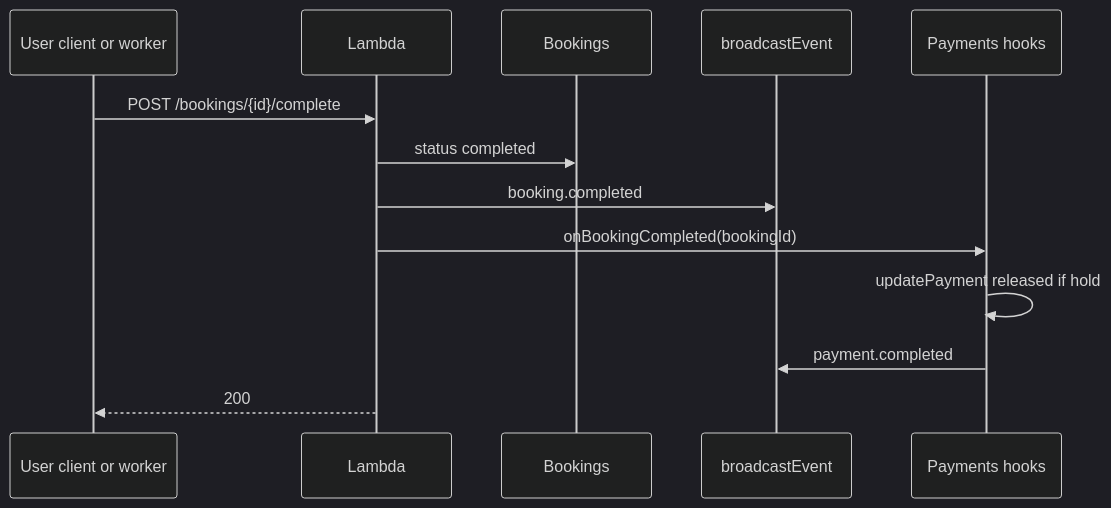
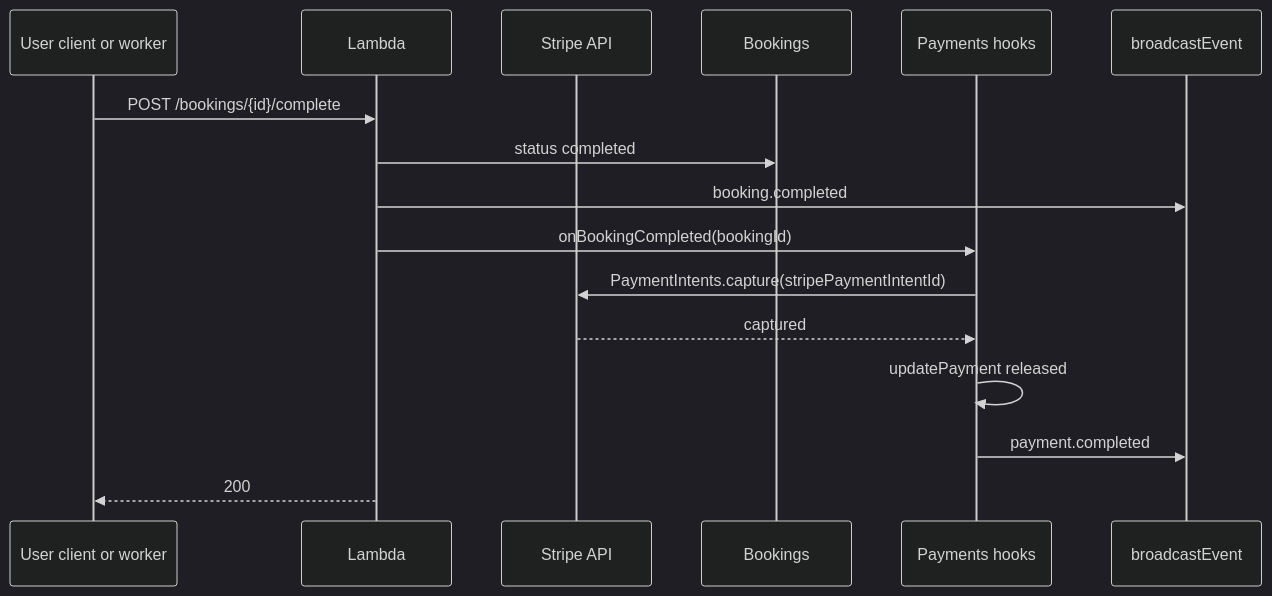
One commit to oukhali99/gig-demo changed the second of 3 diagrams in docs/sequence-booking-payment.md. Above: the diagram before and after it, drawn with Mermaid (dark theme). The commit also changed other lines of this file and 35 other files, not shown here.

Commit message:
Added stripe payment system

````diff
--- a/docs/sequence-booking-payment.md
+++ b/docs/sequence-booking-payment.md
@@ -37,16 +49,19 @@
 ```mermaid
 sequenceDiagram
   participant U as User client or worker
   participant L as Lambda
+  participant ST as Stripe API
   participant B as Bookings
+  participant P as Payments hooks
   participant E as broadcastEvent
-  participant P as Payments hooks
 
   U->>L: POST /bookings/{id}/complete
   L->>B: status completed
   L->>E: booking.completed
   L->>P: onBookingCompleted(bookingId)
-  P->>P: updatePayment released if hold
+  P->>ST: PaymentIntents.capture(stripePaymentIntentId)
+  ST-->>P: captured
+  P->>P: updatePayment released
   P->>E: payment.completed
   L-->>U: 200
 ```
````
